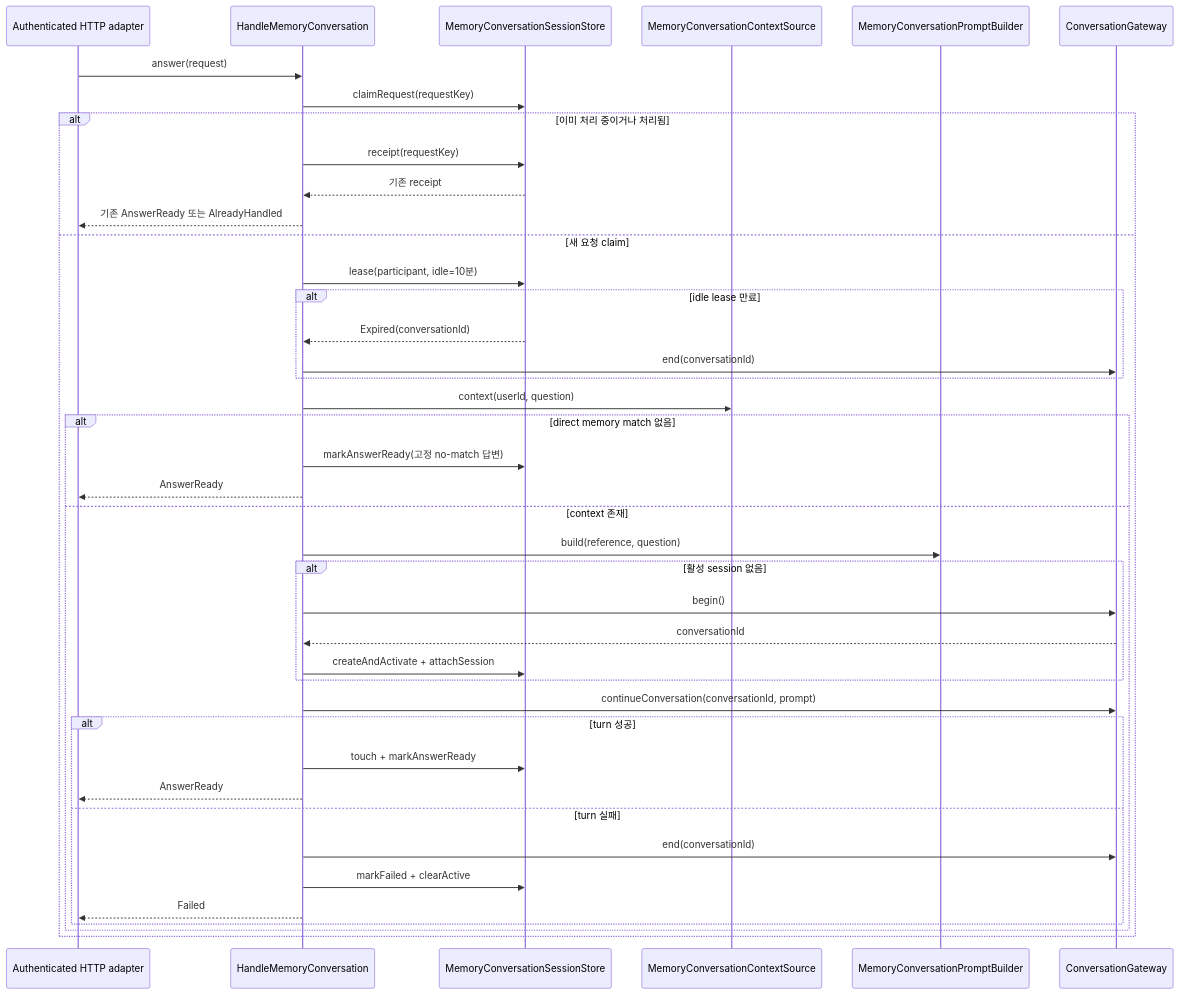
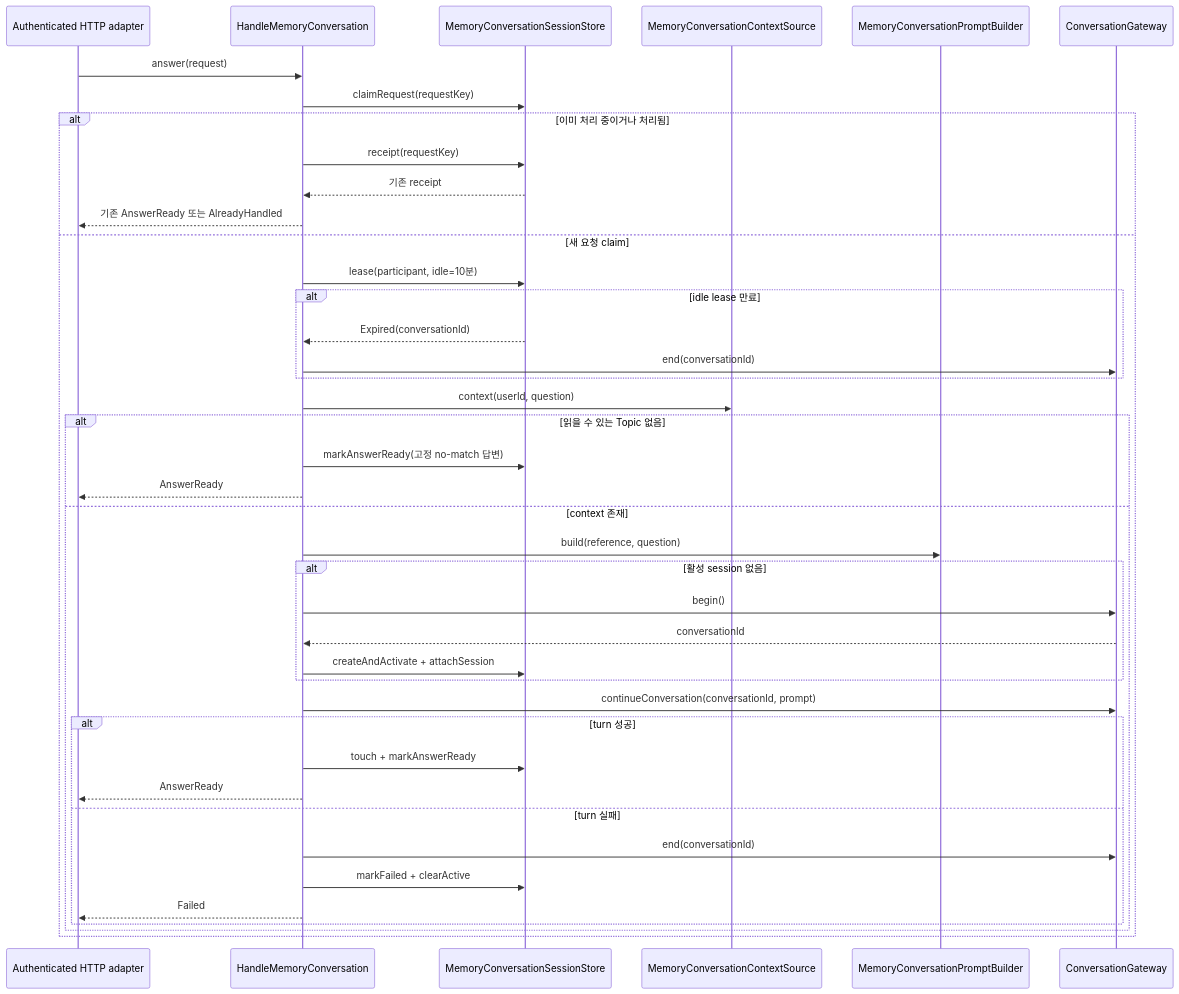
The first of 2 diagrams in application/src/main/kotlin/com/homeassistant/application/usecase/memory/conversation/README.md (magenta1223/home_assistant), drawn with Mermaid before and after one commit. The commit also changed other lines of this file and 21 other files, not shown here.

````diff
--- a/application/src/main/kotlin/com/homeassistant/application/usecase/memory/conversation/README.md
+++ b/application/src/main/kotlin/com/homeassistant/application/usecase/memory/conversation/README.md
@@ -8,44 +8,44 @@
 ```mermaid
 sequenceDiagram
     participant HTTP as Authenticated HTTP adapter
     participant Conversation as HandleMemoryConversation
     participant Sessions as MemoryConversationSessionStore
     participant Context as MemoryConversationContextSource
     participant Prompt as MemoryConversationPromptBuilder
     participant Gateway as ConversationGateway
 
     HTTP->>Conversation: answer(request)
     Conversation->>Sessions: claimRequest(requestKey)
     alt 이미 처리 중이거나 처리됨
         Conversation->>Sessions: receipt(requestKey)
         Sessions-->>Conversation: 기존 receipt
         Conversation-->>HTTP: 기존 AnswerReady 또는 AlreadyHandled
     else 새 요청 claim
         Conversation->>Sessions: lease(participant, idle=10분)
         alt idle lease 만료
             Sessions-->>Conversation: Expired(conversationId)
             Conversation->>Gateway: end(conversationId)
         end
         Conversation->>Context: context(userId, question)
-        alt direct memory match 없음
+        alt 읽을 수 있는 Topic 없음
             Conversation->>Sessions: markAnswerReady(고정 no-match 답변)
             Conversation-->>HTTP: AnswerReady
         else context 존재
             Conversation->>Prompt: build(reference, question)
             alt 활성 session 없음
                 Conversation->>Gateway: begin()
                 Gateway-->>Conversation: conversationId
                 Conversation->>Sessions: createAndActivate + attachSession
             end
             Conversation->>Gateway: continueConversation(conversationId, prompt)
             alt turn 성공
                 Conversation->>Sessions: touch + markAnswerReady
                 Conversation-->>HTTP: AnswerReady
             else turn 실패
                 Conversation->>Gateway: end(conversationId)
                 Conversation->>Sessions: markFailed + clearActive
                 Conversation-->>HTTP: Failed
             end
         end
     end
 ```
````
